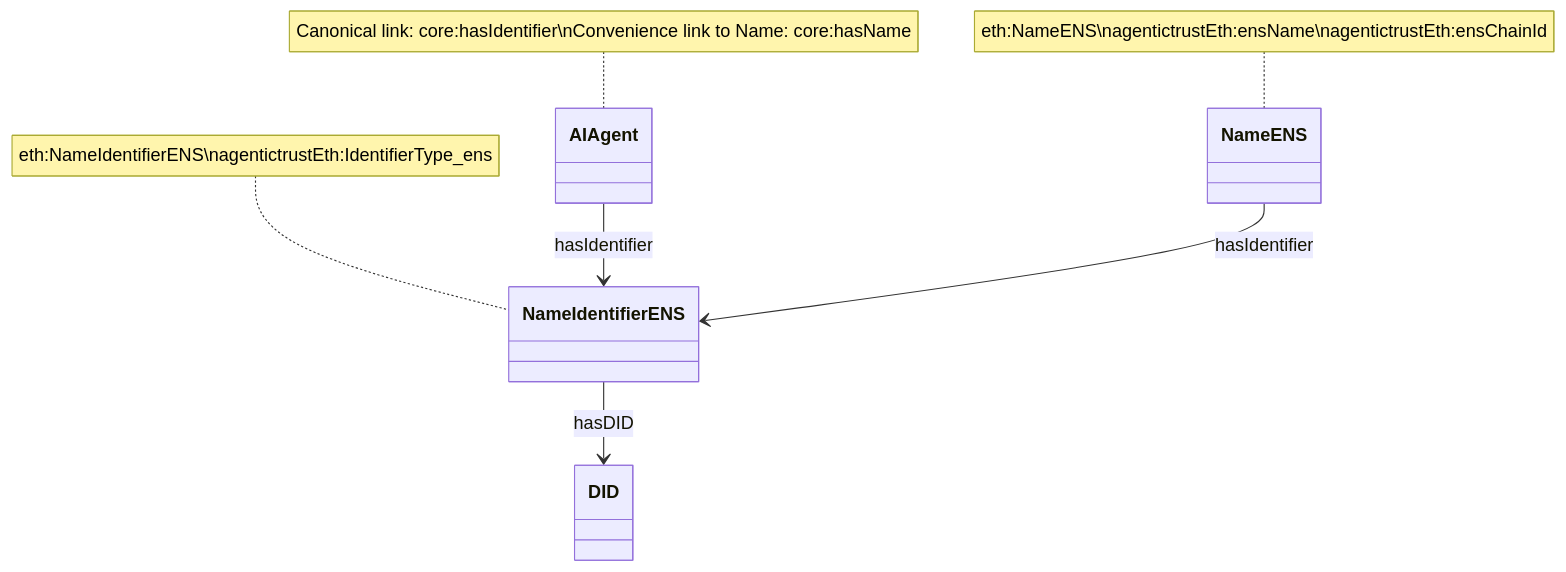
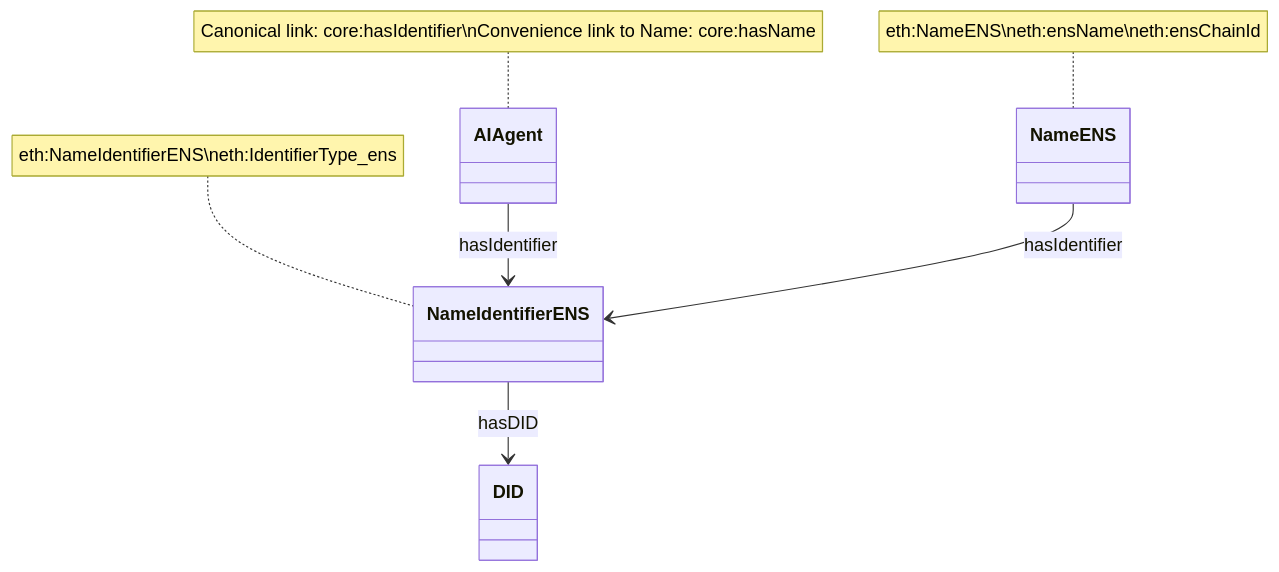
One commit to Agentic-Trust-Layer/agent-explorer changed the fourth of 6 diagrams in docs/ontology/identifiers.md. Above: the diagram before and after it, drawn with Mermaid. The commit also changed other lines of this file and 56 other files, not shown here.

````diff
--- a/docs/ontology/identifiers.md
+++ b/docs/ontology/identifiers.md
@@ -172,15 +172,15 @@
 ```mermaid
 classDiagram
     class AIAgent
     class NameENS
     class NameIdentifierENS
     class DID
     
     AIAgent --> NameIdentifierENS : hasIdentifier
     NameENS --> NameIdentifierENS : hasIdentifier
     NameIdentifierENS --> DID : hasDID
     
     note for AIAgent "Canonical link: core:hasIdentifier\nConvenience link to Name: core:hasName"
-    note for NameENS "eth:NameENS\nagentictrustEth:ensName\nagentictrustEth:ensChainId"
-    note for NameIdentifierENS "eth:NameIdentifierENS\nagentictrustEth:IdentifierType_ens"
+    note for NameENS "eth:NameENS\neth:ensName\neth:ensChainId"
+    note for NameIdentifierENS "eth:NameIdentifierENS\neth:IdentifierType_ens"
 ```
````
